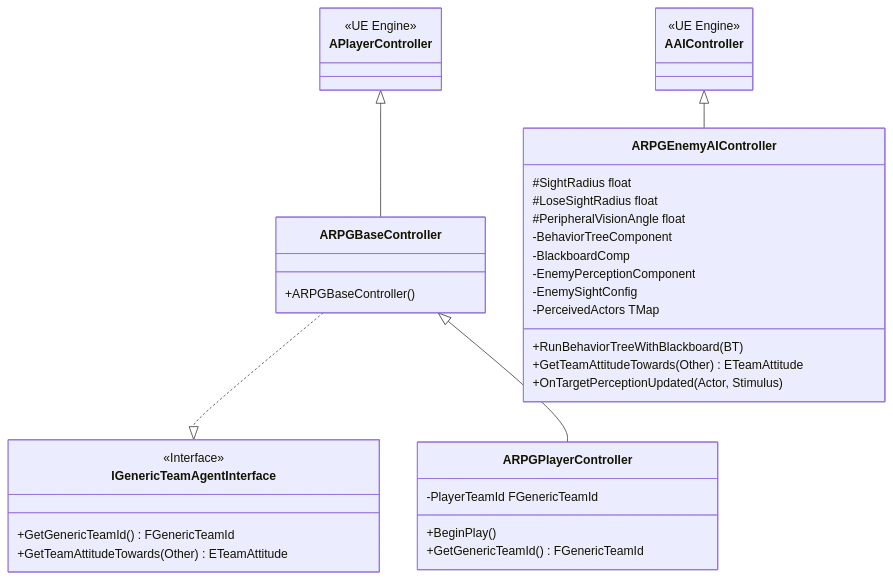
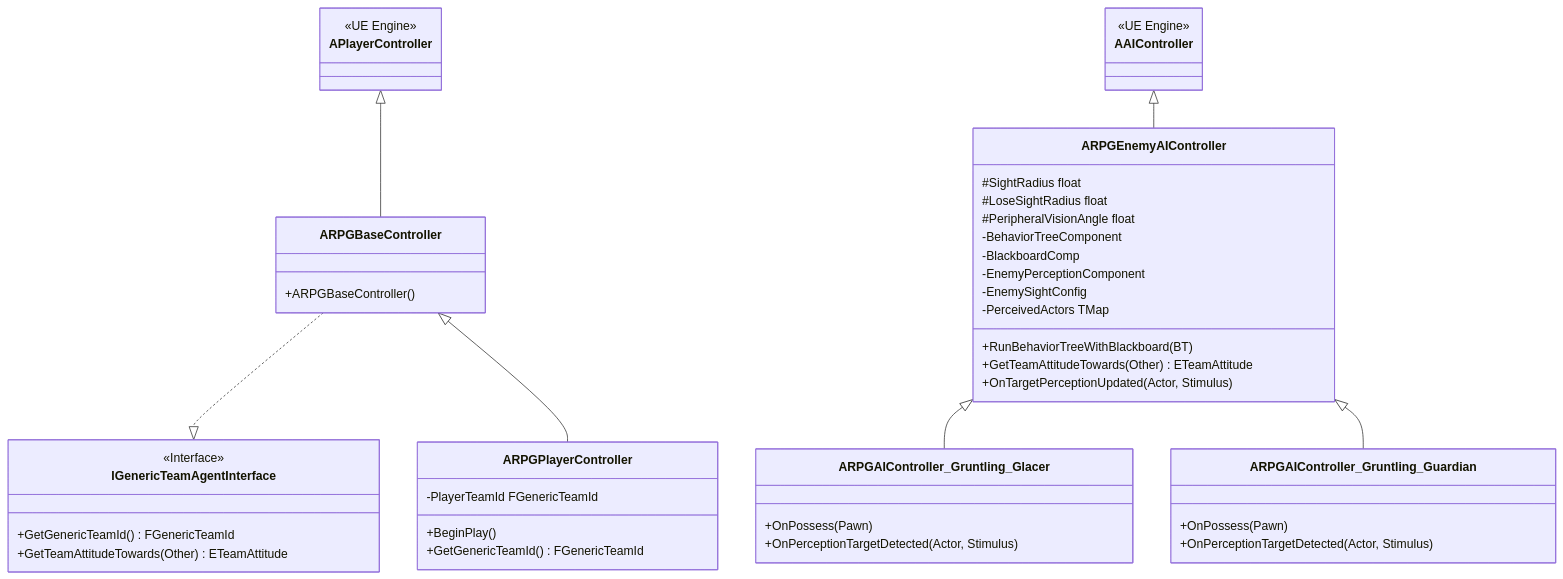
One commit to ARK31415/RPG changed the fifth of 18 diagrams in Source/Docs/SummaryDesign.md. Above: the diagram before and after it, drawn with Mermaid. The commit also changed other lines of this file and 12 other files, not shown here.

````diff
--- a/Source/Docs/SummaryDesign.md
+++ b/Source/Docs/SummaryDesign.md
@@ -246,45 +257,57 @@
 ```mermaid
 classDiagram
     class APlayerController {
         <<UE Engine>>
     }
     
     class AAIController {
         <<UE Engine>>
     }
     
     class IGenericTeamAgentInterface {
         <<Interface>>
         +GetGenericTeamId() FGenericTeamId
         +GetTeamAttitudeTowards(Other) ETeamAttitude
     }
     
     class ARPGBaseController {
         +ARPGBaseController()
     }
     
     class ARPGPlayerController {
         +BeginPlay()
         +GetGenericTeamId() FGenericTeamId
         -PlayerTeamId FGenericTeamId
     }
     
     class ARPGEnemyAIController {
         +RunBehaviorTreeWithBlackboard(BT)
         +GetTeamAttitudeTowards(Other) ETeamAttitude
         +OnTargetPerceptionUpdated(Actor, Stimulus)
         #SightRadius float
         #LoseSightRadius float
         #PeripheralVisionAngle float
         -BehaviorTreeComponent
         -BlackboardComp
         -EnemyPerceptionComponent
         -EnemySightConfig
         -PerceivedActors TMap
     }
     
+    class ARPGAIController_Gruntling_Glacer {
+        +OnPossess(Pawn)
+        +OnPerceptionTargetDetected(Actor, Stimulus)
+    }
+    
+    class ARPGAIController_Gruntling_Guardian {
+        +OnPossess(Pawn)
+        +OnPerceptionTargetDetected(Actor, Stimulus)
+    }
+    
     APlayerController <|-- ARPGBaseController
     ARPGBaseController ..|> IGenericTeamAgentInterface
     ARPGBaseController <|-- ARPGPlayerController
     AAIController <|-- ARPGEnemyAIController
+    ARPGEnemyAIController <|-- ARPGAIController_Gruntling_Glacer
+    ARPGEnemyAIController <|-- ARPGAIController_Gruntling_Guardian
 ```
````
